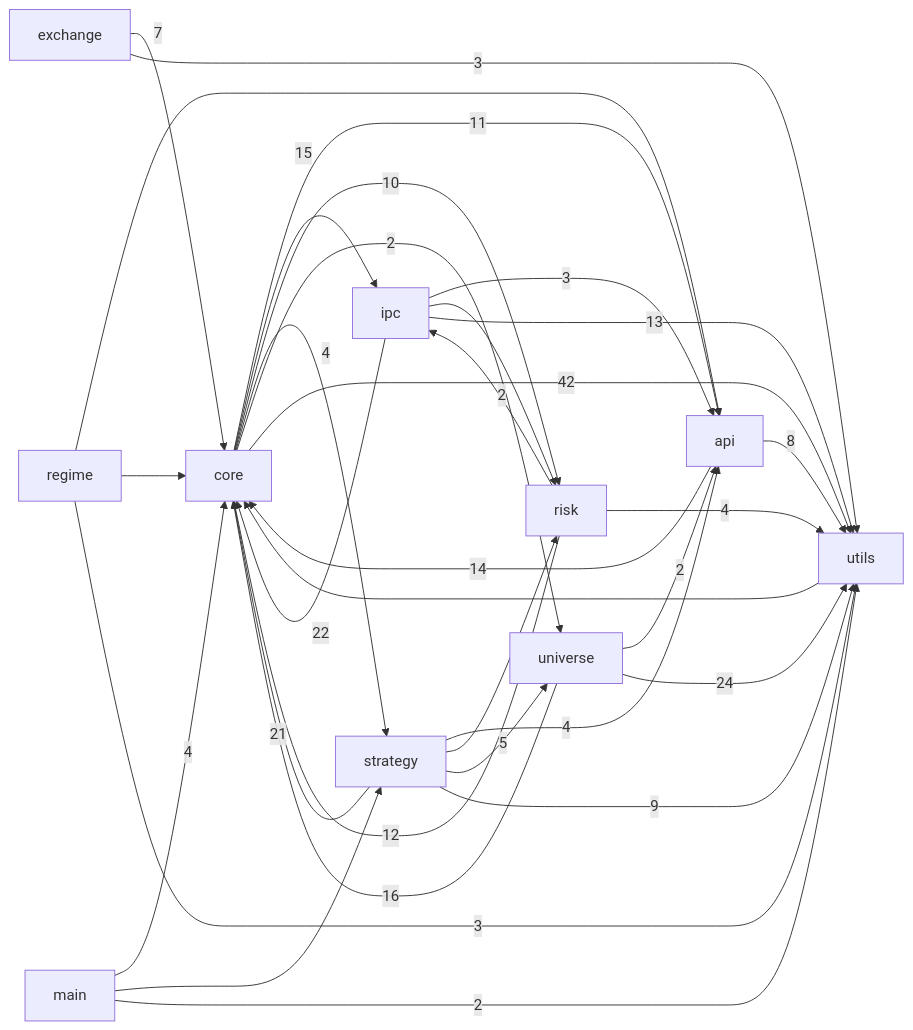
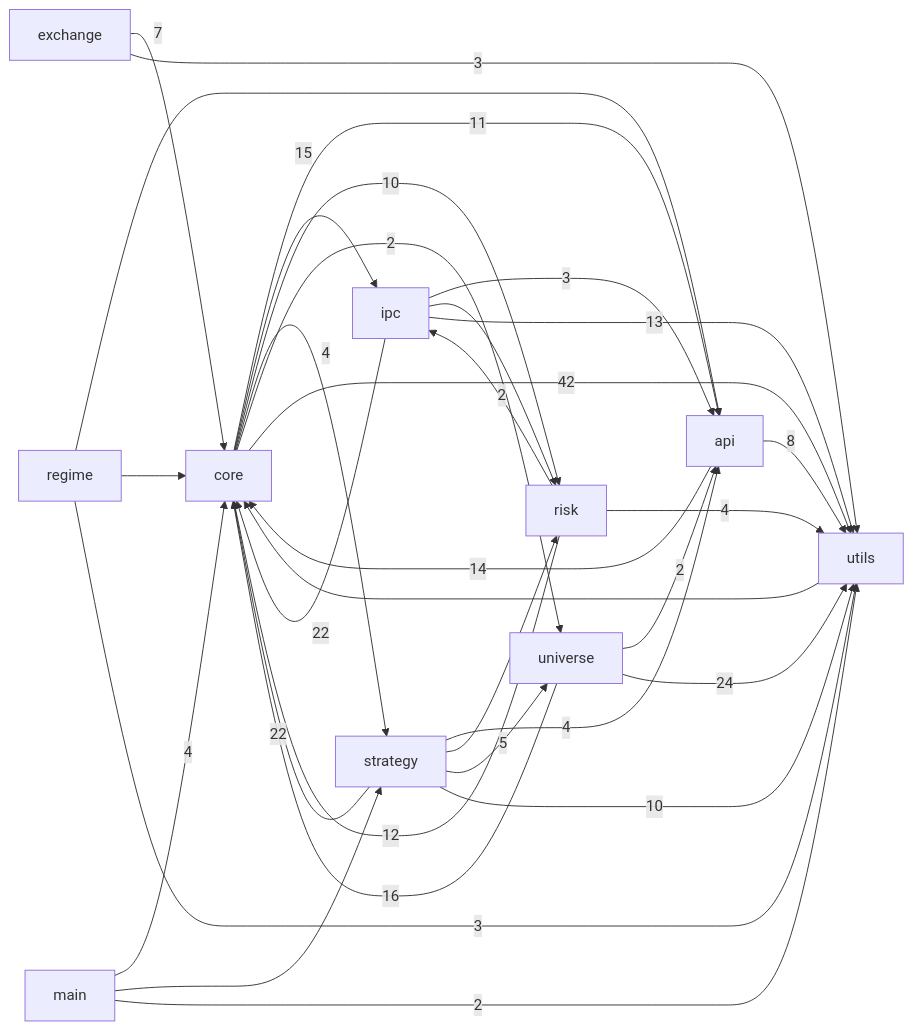
The first of 3 diagrams in docs/CODE_GRAPH.md (pypy8171/Quant), drawn with Mermaid before and after one commit. The commit also changed other lines of this file and 37 other files, not shown here.

````diff
--- a/docs/CODE_GRAPH.md
+++ b/docs/CODE_GRAPH.md
@@ -10,45 +10,45 @@
 ```mermaid
 graph LR
   main[main]
   core[core]
   strategy[strategy]
   api[api]
   universe[universe]
   risk[risk]
   ipc[ipc]
   utils[utils]
   exchange[exchange]
   regime[regime]
   api -->|14| core
   api -->|8| utils
   core -->|11| api
   core -->|15| ipc
   core -->|10| risk
   core -->|4| strategy
   core -->|2| universe
   core -->|42| utils
   exchange -->|7| core
   exchange -->|3| utils
   ipc -->|3| api
   ipc -->|22| core
   ipc --> risk
   ipc -->|13| utils
   main -->|4| core
   main --> strategy
   main -->|2| utils
   regime --> api
   regime --> core
   regime -->|3| utils
   risk -->|12| core
   risk -->|2| ipc
   risk -->|4| utils
   strategy -->|4| api
-  strategy -->|21| core
+  strategy -->|22| core
   strategy --> risk
   strategy -->|5| universe
-  strategy -->|9| utils
+  strategy -->|10| utils
   universe -->|2| api
   universe -->|16| core
   universe -->|24| utils
   utils --> core
 ```
````
